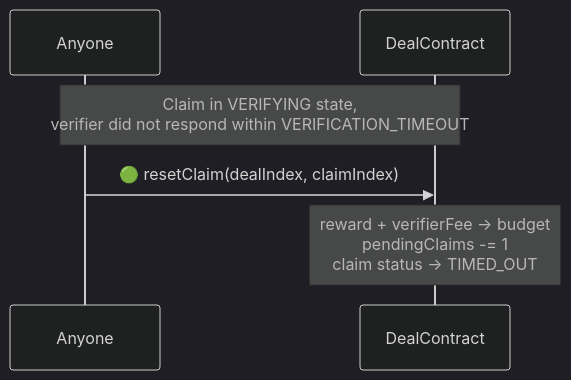
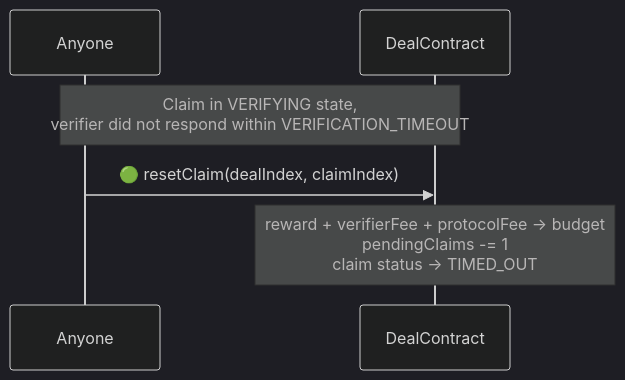
Before and after one commit to synctxai/synctx: the third of 5 diagrams in examples/x-follow/x-follow-design.md, drawn with Mermaid (dark theme). The commit also changed other lines of this file and 1 other file, not shown here.

First line of the commit message:
docs(x-follow): per-claim protocol fee from budget, no upfront fee at creation

````diff
--- a/examples/x-follow/x-follow-design.md
+++ b/examples/x-follow/x-follow-design.md
@@ -279,9 +283,9 @@
 ```mermaid
 sequenceDiagram
     participant X as Anyone
     participant D as DealContract
 
     Note over X,D: Claim in VERIFYING state,<br/>verifier did not respond within VERIFICATION_TIMEOUT
     X->>D: 🟢 resetClaim(dealIndex, claimIndex)
-    Note over D: reward + verifierFee → budget<br/>pendingClaims -= 1<br/>claim status → TIMED_OUT
+    Note over D: reward + verifierFee + protocolFee → budget<br/>pendingClaims -= 1<br/>claim status → TIMED_OUT
 ```
````
